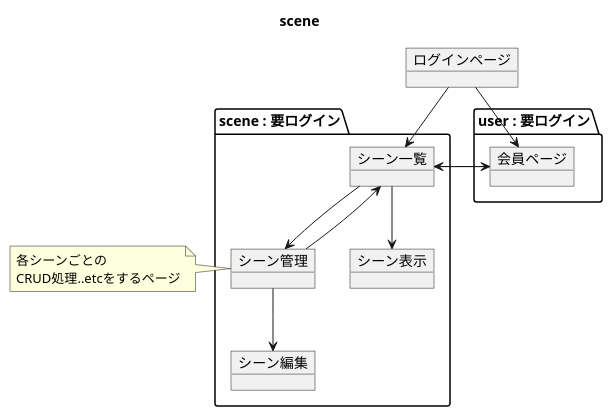
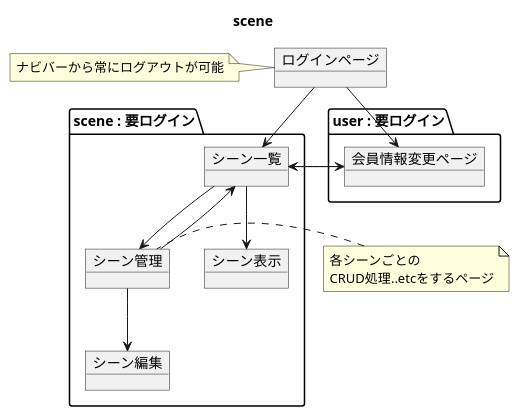
Before and after one commit to s10akir/cocktail: the diagram in uml/src/sceen-transition-diagram/scene.puml, drawn with PlantUML. The commit also changed 7 other files, not shown here.

```diff
--- a/uml/src/sceen-transition-diagram/scene.puml
+++ b/uml/src/sceen-transition-diagram/scene.puml
@@ -1,37 +1,40 @@
 @startuml
 
 title scene
 
 Object ログインページ
+note left of ログインページ
+  ナビバーから常にログアウトが可能
+end note
 
 package "scene : 要ログイン" {
-    Object シーン一覧
-    Object シーン管理
-    Object シーン表示
-    Object シーン編集
+  Object シーン一覧
+  Object シーン管理
+  Object シーン表示
+  Object シーン編集
 }
 
 package "user : 要ログイン" {
-    Object 会員ページ 
+  Object 会員情報変更ページ
 }
 
 '遷移
 ' - メイン遷移
 シーン一覧 --> シーン管理
 シーン管理 -up-> シーン一覧
 シーン一覧 --> シーン表示
 シーン管理 --> シーン編集
 
 '他機能遷移
 ログインページ --> シーン一覧
-ログインページ --> 会員ページ
-シーン一覧 --> 会員ページ
-会員ページ --> シーン一覧
+ログインページ --> 会員情報変更ページ
+シーン一覧 --> 会員情報変更ページ
+会員情報変更ページ --> シーン一覧
 
 
-note left of シーン管理 {
-    各シーンごとの
-    CRUD処理..etcをするページ
-} 
+note left of シーン管理
+  各シーンごとの
+  CRUD処理..etcをするページ
+end note
 
 @enduml
```
